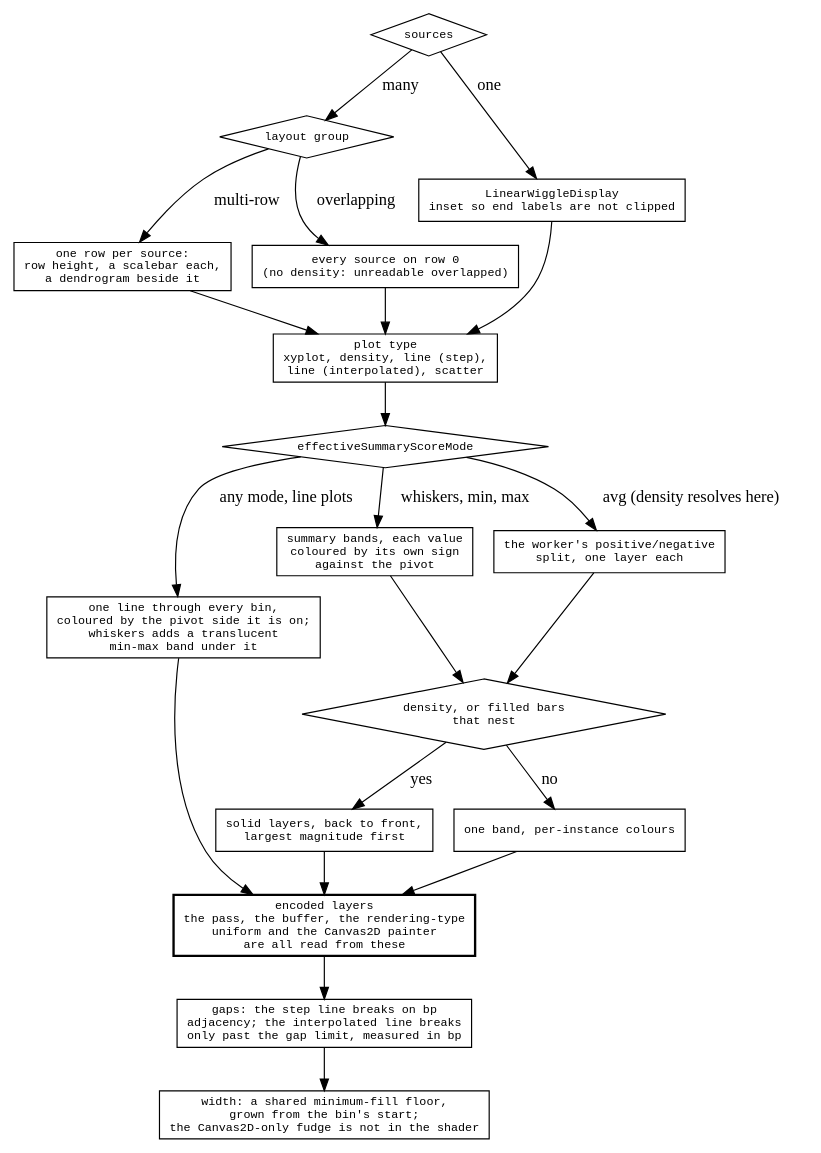
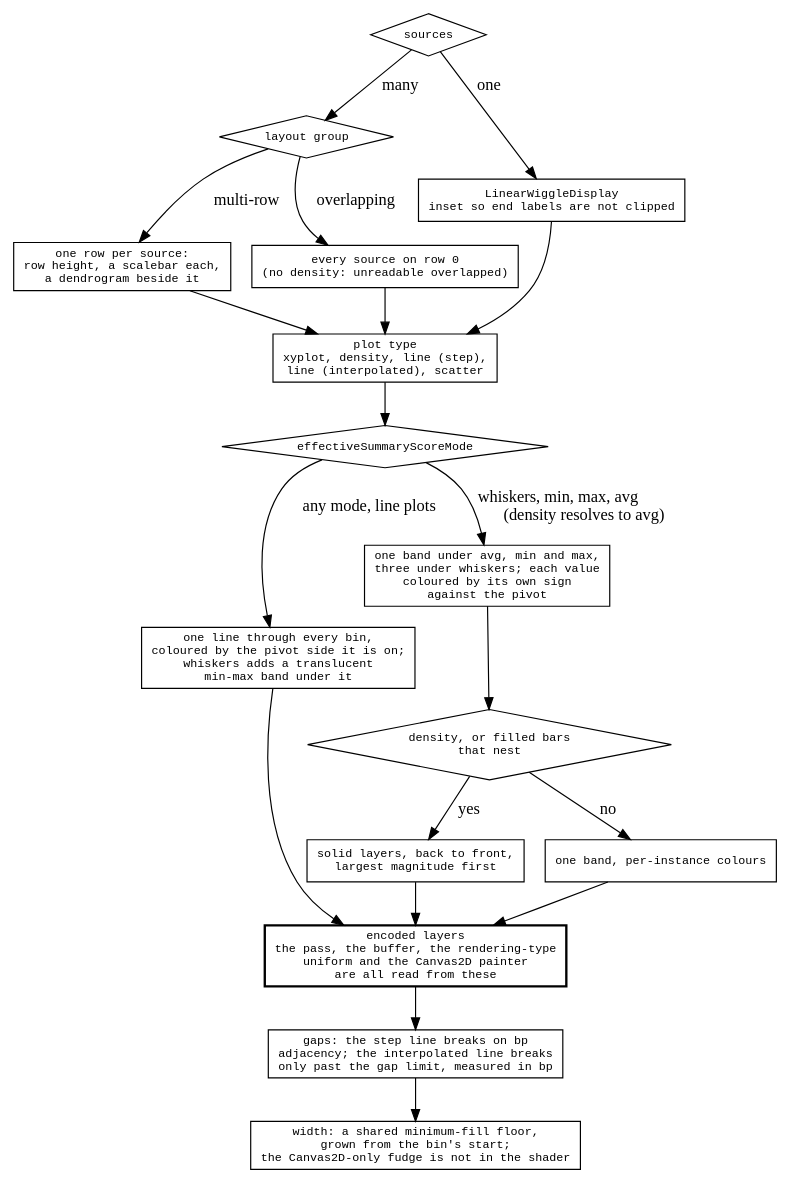
The diagram in agent-docs/mechanisms/diagrams/wiggle-shape.dot (GMOD/jbrowse-components), drawn with Graphviz before and after one commit. The commit also changed 4 other files, not shown here.

```diff
--- a/agent-docs/mechanisms/diagrams/wiggle-shape.dot
+++ b/agent-docs/mechanisms/diagrams/wiggle-shape.dot
@@ -1,42 +1,40 @@
 digraph wiggle_shape {
   rankdir=TB
   node [shape=box fontname=monospace fontsize=10]
   { node [shape=diamond] many; layout; summary; nests }
 
   many [label="sources"]
   many -> single [label=" one"]
   many -> layout [label=" many"]
   single [label="LinearWiggleDisplay\ninset so end labels are not clipped"]
 
   layout [label="layout group"]
   layout -> multirow [label=" multi-row"]
   layout -> overlay  [label=" overlapping"]
   multirow [label="one row per source:\nrow height, a scalebar each,\na dendrogram beside it"]
   overlay  [label="every source on row 0\n(no density: unreadable overlapped)"]
 
   plot [label="plot type\nxyplot, density, line (step),\nline (interpolated), scatter"]
   single -> plot  multirow -> plot  overlay -> plot
 
   summary [label="effectiveSummaryScoreMode"]
   plot -> summary
   summary -> range [label=" any mode, line plots"]
-  summary -> bands [label=" whiskers, min, max"]
-  summary -> avg   [label=" avg (density resolves here)"]
+  summary -> bands [label=" whiskers, min, max, avg\l (density resolves to avg)"]
   range [label="one line through every bin,\ncoloured by the pivot side it is on;\nwhiskers adds a translucent\nmin-max band under it"]
-  bands [label="summary bands, each value\ncoloured by its own sign\nagainst the pivot"]
-  avg   [label="the worker's positive/negative\nsplit, one layer each"]
+  bands [label="one band under avg, min and max,\nthree under whiskers; each value\ncoloured by its own sign\nagainst the pivot"]
 
   nests [label="density, or filled bars\nthat nest"]
-  bands -> nests  avg -> nests
+  bands -> nests
   nests -> split [label=" yes"]
   nests -> whole [label=" no"]
   split [label="solid layers, back to front,\nlargest magnitude first"]
   whole [label="one band, per-instance colours"]
 
   encoded [label="encoded layers\nthe pass, the buffer, the rendering-type\nuniform and the Canvas2D painter\nare all read from these", style=bold]
   split -> encoded  whole -> encoded  range -> encoded
 
   gaps  [label="gaps: the step line breaks on bp\nadjacency; the interpolated line breaks\nonly past the gap limit, measured in bp"]
   width [label="width: a shared minimum-fill floor,\ngrown from the bin's start;\nthe Canvas2D-only fudge is not in the shader"]
   encoded -> gaps -> width
 }
```
